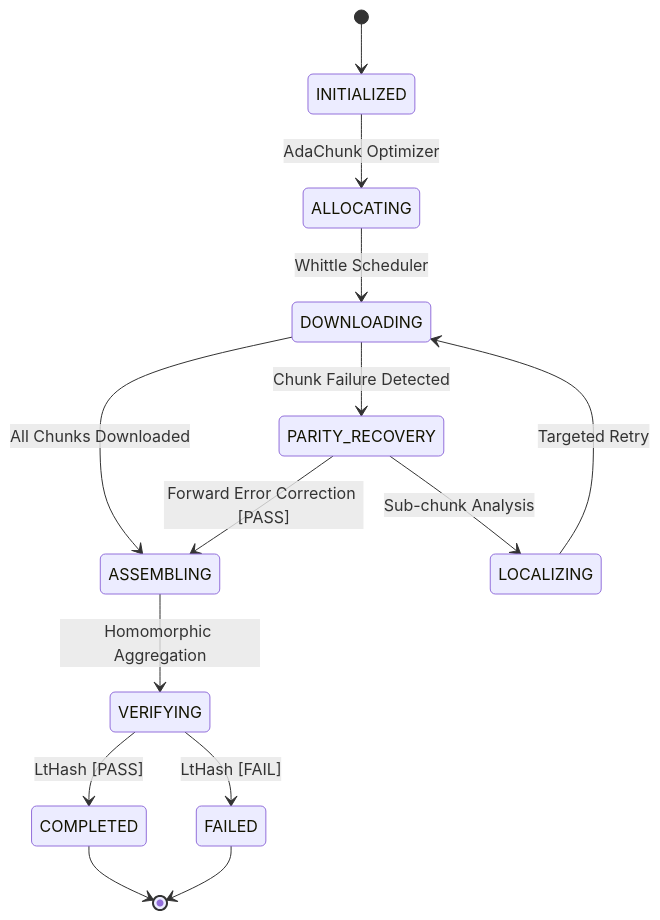
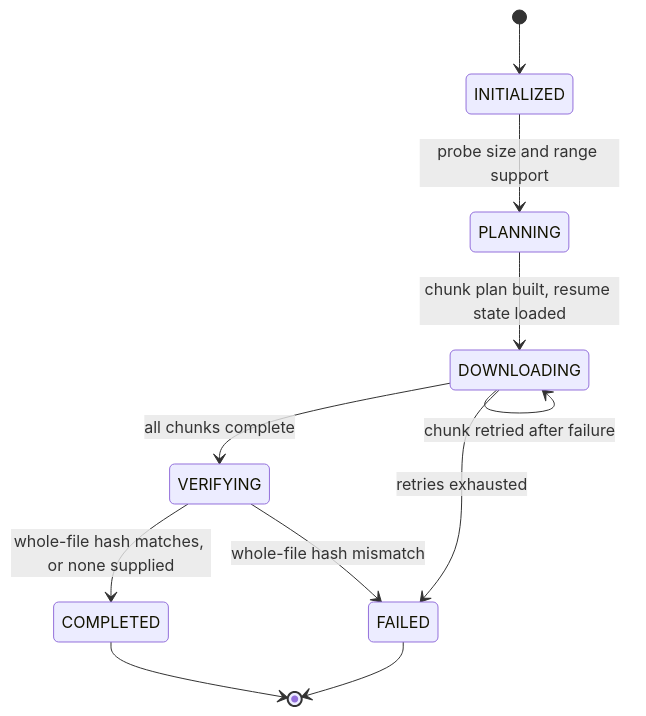
Before and after one commit to PxA-Labs/ReliaDL: the second of 3 diagrams in docs/DATA_FLOW.md, drawn with Mermaid. The commit also changed other lines of this file and 28 other files, not shown here.

````diff
--- a/docs/DATA_FLOW.md
+++ b/docs/DATA_FLOW.md
@@ -57,16 +61,13 @@
 ```mermaid
 stateDiagram-v2
     [*] --> INITIALIZED
-    INITIALIZED --> ALLOCATING : AdaChunk Optimizer
-    ALLOCATING --> DOWNLOADING : Whittle Scheduler
-    DOWNLOADING --> ASSEMBLING : All Chunks Downloaded
-    DOWNLOADING --> PARITY_RECOVERY : Chunk Failure Detected
-    PARITY_RECOVERY --> LOCALIZING : Sub-chunk Analysis
-    LOCALIZING --> DOWNLOADING : Targeted Retry
-    PARITY_RECOVERY --> ASSEMBLING : Forward Error Correction [PASS]
-    ASSEMBLING --> VERIFYING : Homomorphic Aggregation
-    VERIFYING --> COMPLETED : LtHash [PASS]
-    VERIFYING --> FAILED : LtHash [FAIL]
+    INITIALIZED --> PLANNING : probe size and range support
+    PLANNING --> DOWNLOADING : chunk plan built, resume state loaded
+    DOWNLOADING --> DOWNLOADING : chunk retried after failure
+    DOWNLOADING --> VERIFYING : all chunks complete
+    VERIFYING --> COMPLETED : whole-file hash matches, or none supplied
+    VERIFYING --> FAILED : whole-file hash mismatch
+    DOWNLOADING --> FAILED : retries exhausted
     COMPLETED --> [*]
     FAILED --> [*]
 ```
````
